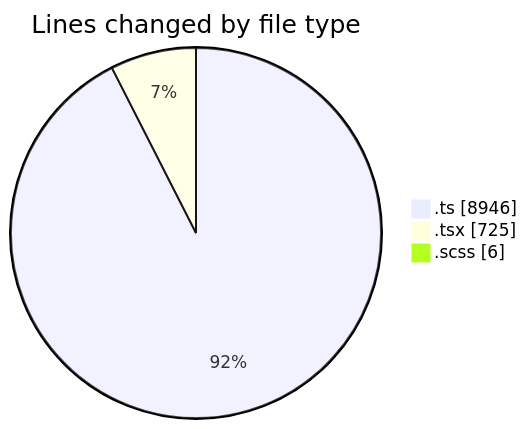
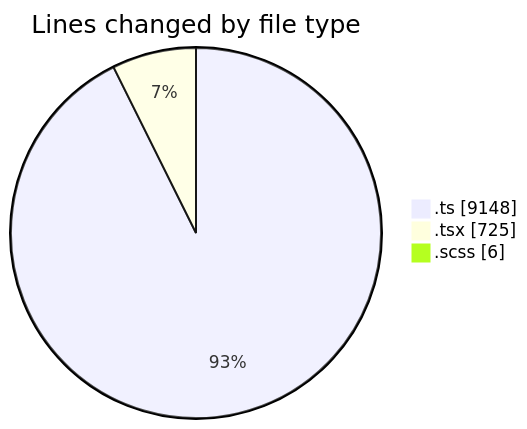
One commit to momahboobian/code-tracking changed the first of 2 diagrams in 2026-03-17/cda/README.md. Above: the diagram before and after it, drawn with Mermaid. The commit also changed other lines of this file and 1 other file, not shown here.

````diff
--- a/2026-03-17/cda/README.md
+++ b/2026-03-17/cda/README.md
@@ -26,7 +26,7 @@
 ```mermaid
 pie showData
 title Lines changed by file type
-".ts" : 8946
+".ts" : 9148
 ".tsx" : 725
 ".scss" : 6
 ```
````
